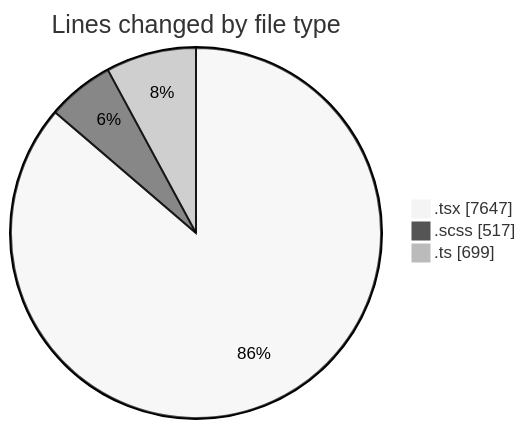
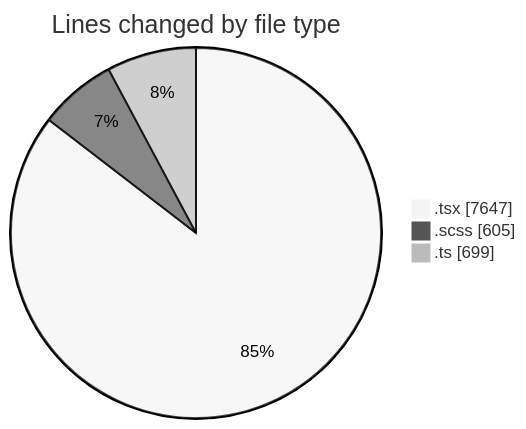
The first of 2 diagrams in 2025-07-03/cda/README.md (momahboobian/code-tracking), drawn with Mermaid (neutral theme) before and after one commit. The commit also changed other lines of this file and 1 other file, not shown here.

````diff
--- a/2025-07-03/cda/README.md
+++ b/2025-07-03/cda/README.md
@@ -47,7 +48,7 @@
 ```mermaid
 pie showData
 title Lines changed by file type
 ".tsx" : 7647
-".scss" : 517
+".scss" : 605
 ".ts" : 699
 ```
````
